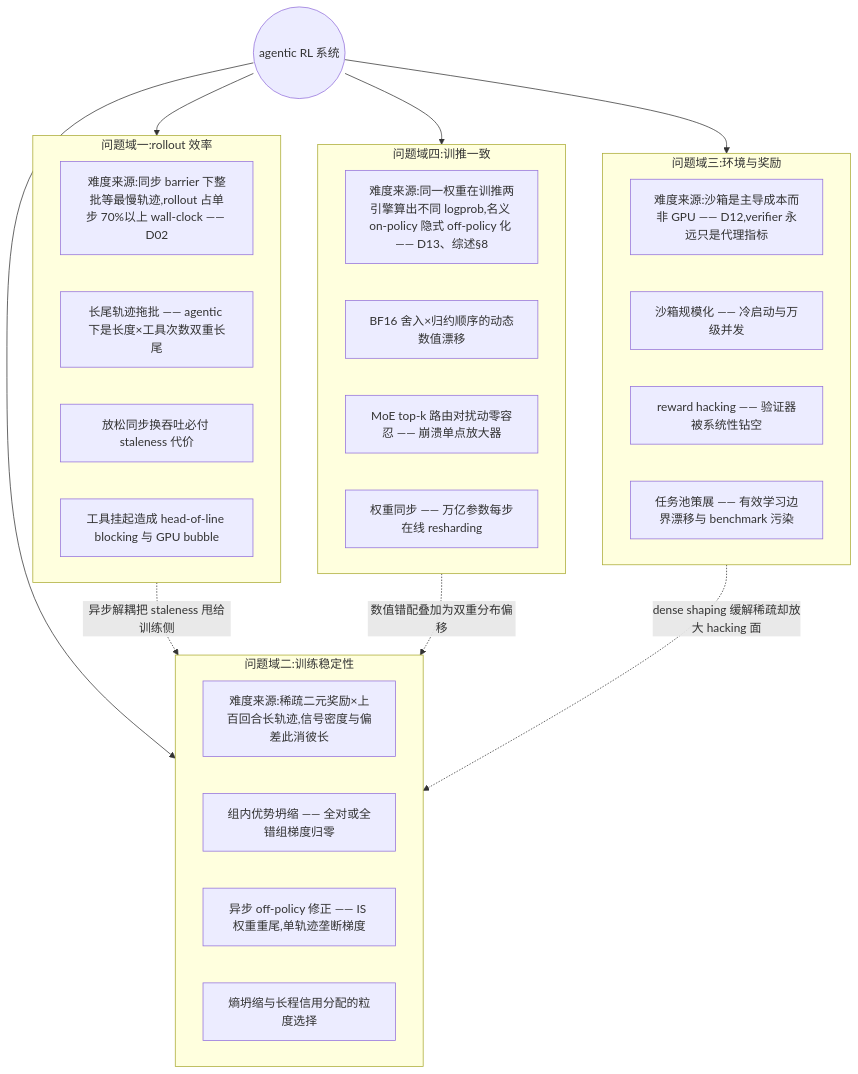
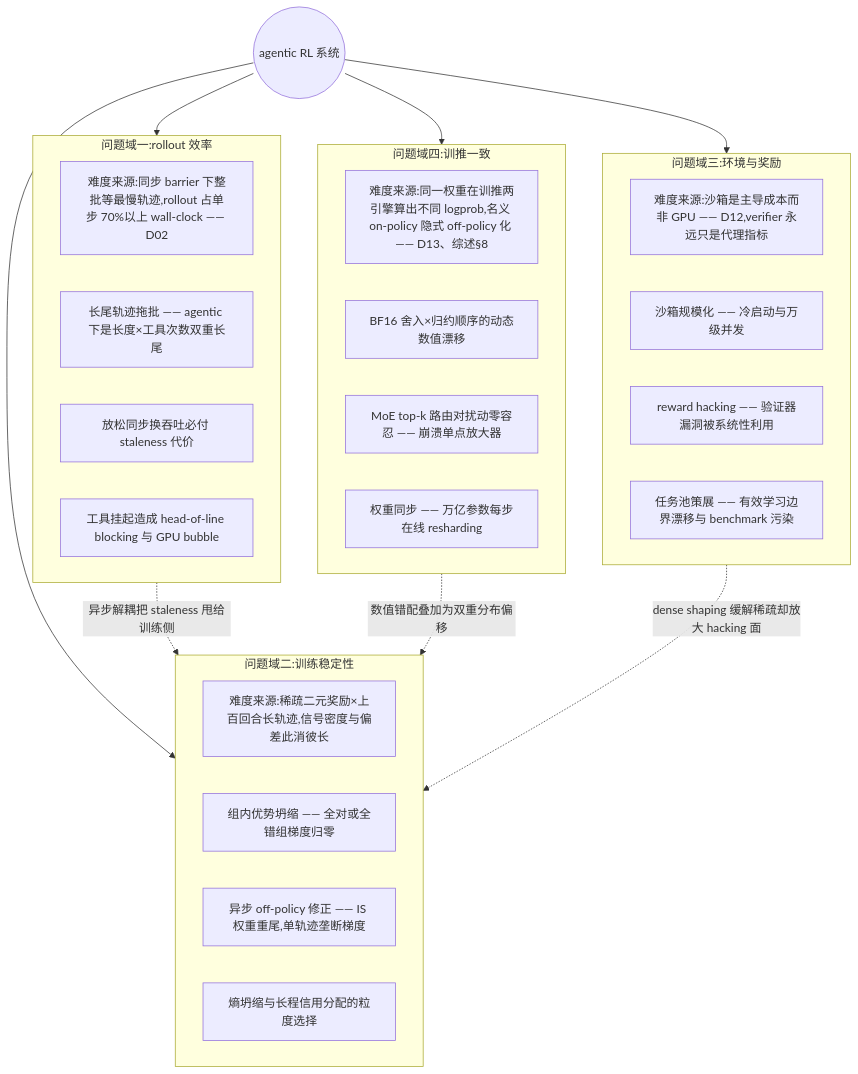
Before and after one commit to lloo099/mission44: the first of 5 diagrams in docs/blog/dispatch-23-agentic-rl-problem-map.md, drawn with Mermaid. The commit also changed other lines of this file and 22 other files, not shown here.

````diff
--- a/docs/blog/dispatch-23-agentic-rl-problem-map.md
+++ b/docs/blog/dispatch-23-agentic-rl-problem-map.md
@@ -31,41 +31,41 @@
 ```mermaid
 flowchart TB
     CORE(("agentic RL 系统"))
 
     subgraph SGR ["问题域一:rollout 效率"]
         R0["难度来源:同步 barrier 下整批等最慢轨迹,rollout 占单步 70%以上 wall-clock —— D02"]
         R1["长尾轨迹拖批 —— agentic 下是长度×工具次数双重长尾"]
         R2["放松同步换吞吐必付 staleness 代价"]
         R3["工具挂起造成 head-of-line blocking 与 GPU bubble"]
     end
 
     subgraph SGS ["问题域二:训练稳定性"]
         S0["难度来源:稀疏二元奖励×上百回合长轨迹,信号密度与偏差此消彼长"]
         S1["组内优势坍缩 —— 全对或全错组梯度归零"]
         S2["异步 off-policy 修正 —— IS 权重重尾,单轨迹垄断梯度"]
         S3["熵坍缩与长程信用分配的粒度选择"]
     end
 
     subgraph SGE ["问题域三:环境与奖励"]
         E0["难度来源:沙箱是主导成本而非 GPU —— D12,verifier 永远只是代理指标"]
         E1["沙箱规模化 —— 冷启动与万级并发"]
-        E2["reward hacking —— 验证器被系统性钻空"]
+        E2["reward hacking —— 验证器漏洞被系统性利用"]
         E3["任务池策展 —— 有效学习边界漂移与 benchmark 污染"]
     end
 
     subgraph SGC ["问题域四:训推一致"]
         C0["难度来源:同一权重在训推两引擎算出不同 logprob,名义 on-policy 隐式 off-policy 化 —— D13、综述§8"]
         C1["BF16 舍入×归约顺序的动态数值漂移"]
         C2["MoE top-k 路由对扰动零容忍 —— 崩溃单点放大器"]
         C3["权重同步 —— 万亿参数每步在线 resharding"]
     end
 
     CORE --> SGR
     CORE --> SGS
     CORE --> SGE
     CORE --> SGC
 
     SGR -. "异步解耦把 staleness 甩给训练侧" .-> SGS
     SGC -. "数值错配叠加为双重分布偏移" .-> SGS
     SGE -. "dense shaping 缓解稀疏却放大 hacking 面" .-> SGS
 ```
````
